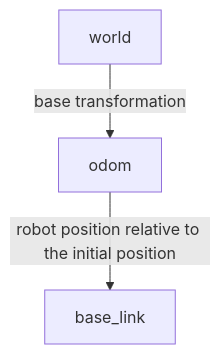
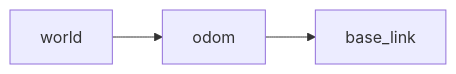
The first of 2 diagrams in README.md (teo3300/robotics-2022), drawn with Mermaid before and after one commit. The commit also changed other lines of this file and 9 other files, not shown here.

````diff
--- a/README.md
+++ b/README.md
@@ -40,5 +40,5 @@
 ```mermaid
-    graph TD
-    A[world] -- base transformation --> B[odom]
-    B -- robot position relative to the initial position --> C[base_link]
+    graph LR
+    A[world] --> B[odom]
+    B --> C[base_link]
 ```
````
